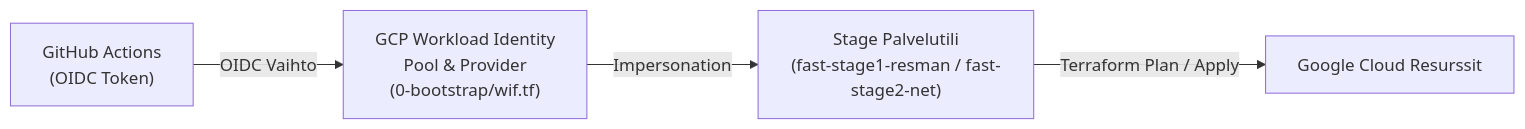
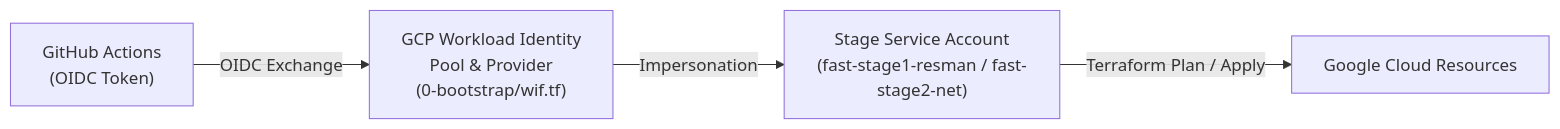
The third of 3 diagrams in README.md (teemu61/fast-test), drawn with Mermaid before and after one commit. The commit also changed other lines of this file, not shown here.

````diff
--- a/README.md
+++ b/README.md
@@ -401,6 +400,6 @@
 ```mermaid
 flowchart LR
-    GHA["GitHub Actions\n(OIDC Token)"] -->|OIDC Vaihto| WIF["GCP Workload Identity\nPool & Provider\n(0-bootstrap/wif.tf)"]
-    WIF -->|Impersonation| SA["Stage Palvelutili\n(fast-stage1-resman / fast-stage2-net)"]
-    SA -->|Terraform Plan / Apply| GCP["Google Cloud Resurssit"]
+    GHA["GitHub Actions\n(OIDC Token)"] -->|OIDC Exchange| WIF["GCP Workload Identity\nPool & Provider\n(0-bootstrap/wif.tf)"]
+    WIF -->|Impersonation| SA["Stage Service Account\n(fast-stage1-resman / fast-stage2-net)"]
+    SA -->|Terraform Plan / Apply| GCP["Google Cloud Resources"]
 ```
````
